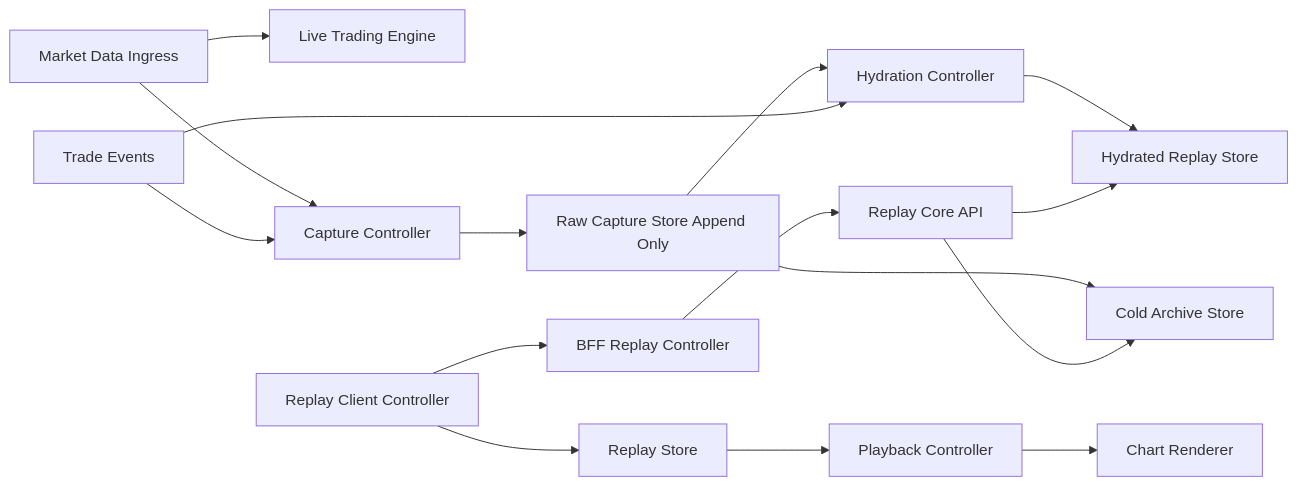
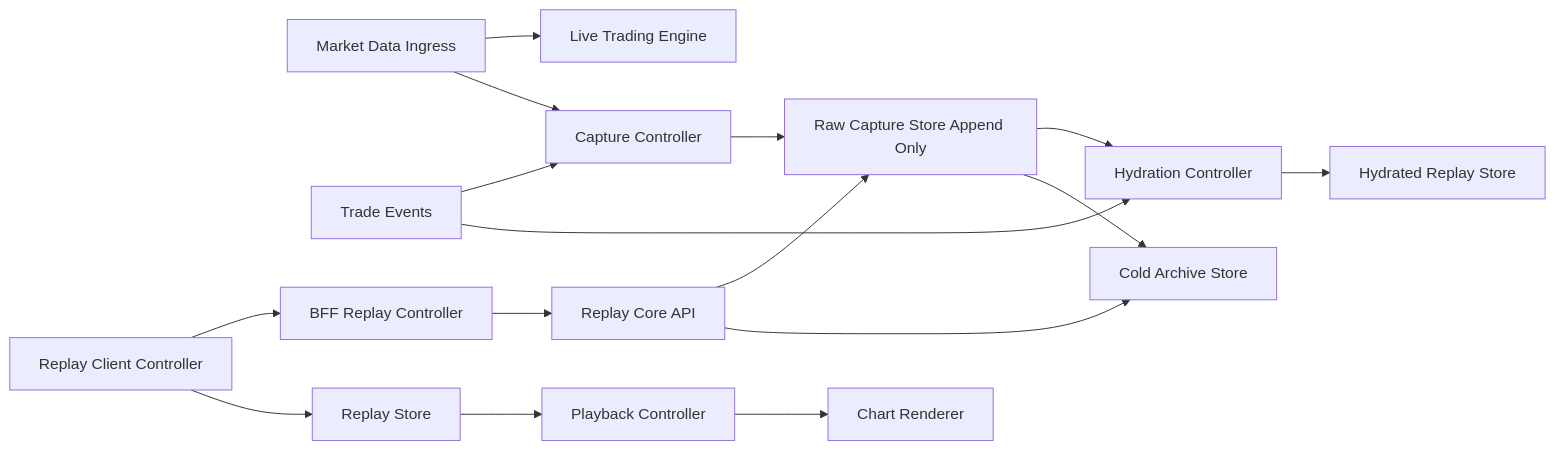
The first of 2 diagrams in question-2/design-doc.md (tonyraoul/station-alpha), drawn with Mermaid before and after one commit. The commit also changed other lines of this file, not shown here.

````diff
--- a/question-2/design-doc.md
+++ b/question-2/design-doc.md
@@ -20,18 +20,18 @@
 ```mermaid
 flowchart LR
     A[Market Data Ingress] --> B[Live Trading Engine]
     A --> C[Capture Controller]
     D[Trade Events] --> C
    C --> E[Raw Capture Store Append Only]
    E --> M[Hydration Controller]
    D --> M
    M --> F[Hydrated Replay Store]
     E --> G[Cold Archive Store]
-   H[Replay Core API] --> F
+   H[Replay Core API] --> E
    H --> G
    N[BFF Replay Controller] --> H
    I[Replay Client Controller] --> N
     I --> J[Replay Store]
     J --> K[Playback Controller]
     K --> L[Chart Renderer]
 ```
````
